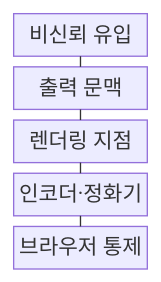
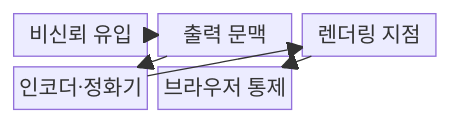
The first of 2 diagrams in src/content/docs/notes/05-security/047_xss.md (agnusdei1207/knowledge-base), drawn with Mermaid before and after one commit. The commit also changed other lines of this file and 20 other files, not shown here.

````diff
--- a/src/content/docs/notes/05-security/047_xss.md
+++ b/src/content/docs/notes/05-security/047_xss.md
@@ -55,13 +56,13 @@
 ```mermaid
 block-beta
-  columns 1
+  columns 3
   A["비신뢰 유입"]
   B["출력 문맥"]
   C["렌더링 지점"]
   D["인코더·정화기"]
   E["브라우저 통제"]
-  A --- B
-  B --- C
-  C --- D
-  D --- E
+  A --> B
+  B --> D
+  D --> C
+  C --> E
 ```
````
